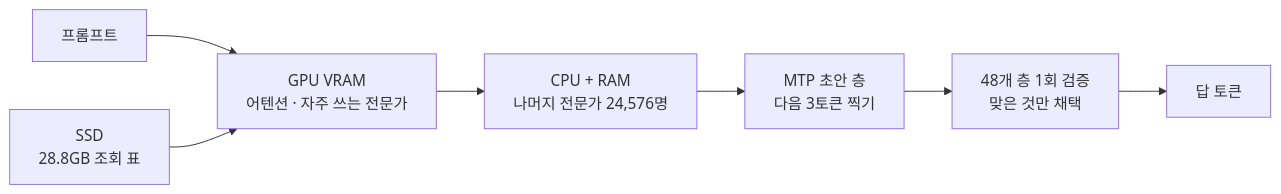
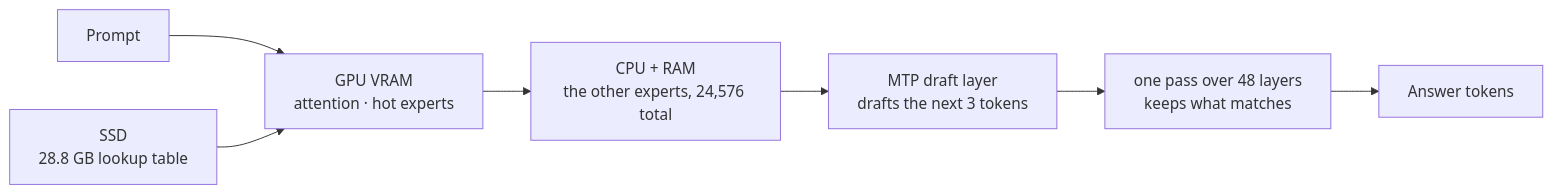
The second of 2 diagrams in content/trends/strata.md (neocello-ku/neocello-ku.github.io), drawn with Mermaid before and after one commit. The commit also changed other lines of this file and 4 other files, not shown here.

````diff
--- a/content/trends/strata.md
+++ b/content/trends/strata.md
@@ -115,9 +115,9 @@
 ```mermaid
 flowchart LR
-  P[프롬프트] --> G["GPU VRAM<br/>어텐션 · 자주 쓰는 전문가"]
-  G --> C["CPU + RAM<br/>나머지 전문가 24,576명"]
-  C --> M["MTP 초안 층<br/>다음 3토큰 찍기"]
-  M --> V["48개 층 1회 검증<br/>맞은 것만 채택"]
-  V --> O[답 토큰]
-  S["SSD<br/>28.8GB 조회 표"] --> G
+  P[Prompt] --> G["GPU VRAM<br/>attention · hot experts"]
+  G --> C["CPU + RAM<br/>the other experts, 24,576 total"]
+  C --> M["MTP draft layer<br/>drafts the next 3 tokens"]
+  M --> V["one pass over 48 layers<br/>keeps what matches"]
+  V --> O[Answer tokens]
+  S["SSD<br/>28.8 GB lookup table"] --> G
 ```
````
